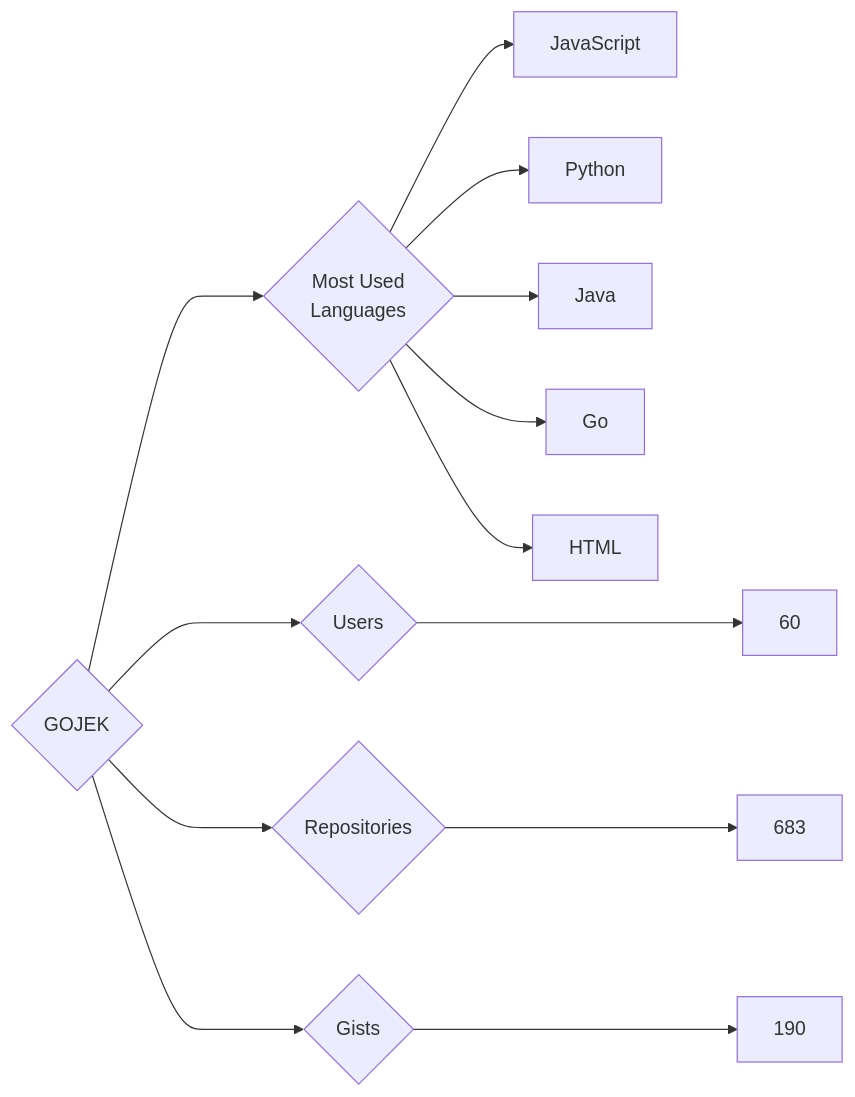
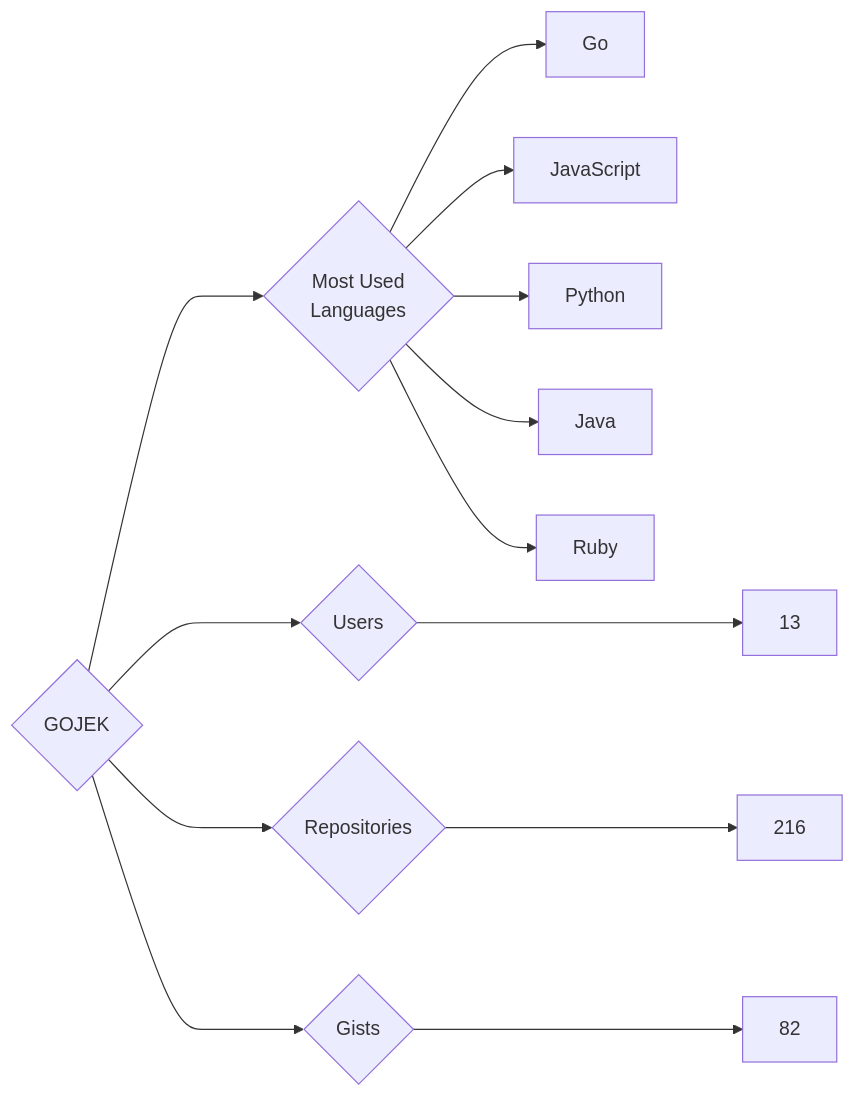
One commit to trickest/insiders changed the diagram in targets/GOJEK/README.md. Above: the diagram before and after it, drawn with Mermaid. The commit also changed 614 other files, not shown here.

````diff
--- a/targets/GOJEK/README.md
+++ b/targets/GOJEK/README.md
@@ -3,13 +3,13 @@
 ```mermaid
 graph LR
 COMPANY_NAME{GOJEK}
-COMPANY_NAME ---> U{Users} ---> UN[60]
-COMPANY_NAME ---> R{Repositories} ---> RN[683]
-COMPANY_NAME ---> G{Gists} ---> GN[190]
+COMPANY_NAME ---> U{Users} ---> UN[13]
+COMPANY_NAME ---> R{Repositories} ---> RN[216]
+COMPANY_NAME ---> G{Gists} ---> GN[82]
 COMPANY_NAME ---> ML{Most Used<br>Languages}
+ML --> Go[Go]
 ML --> JavaScript[JavaScript]
 ML --> Python[Python]
 ML --> Java[Java]
-ML --> Go[Go]
-ML --> HTML[HTML]
+ML --> Ruby[Ruby]
 ```
````
